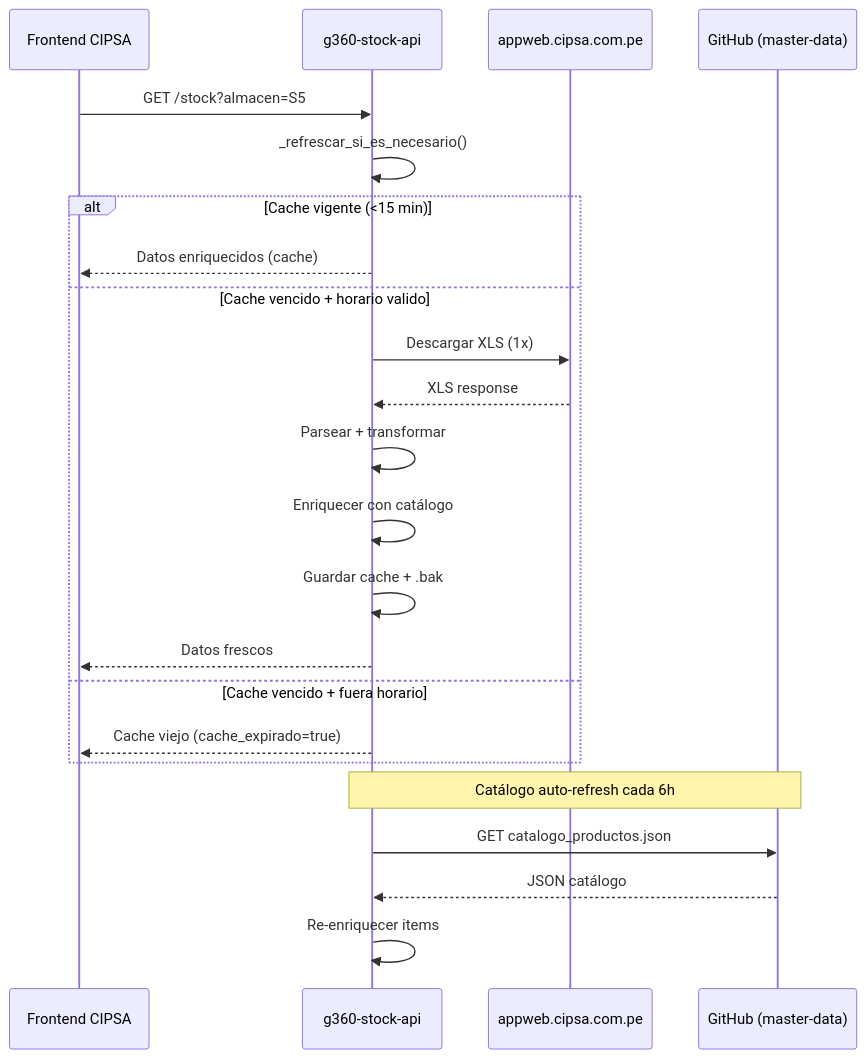
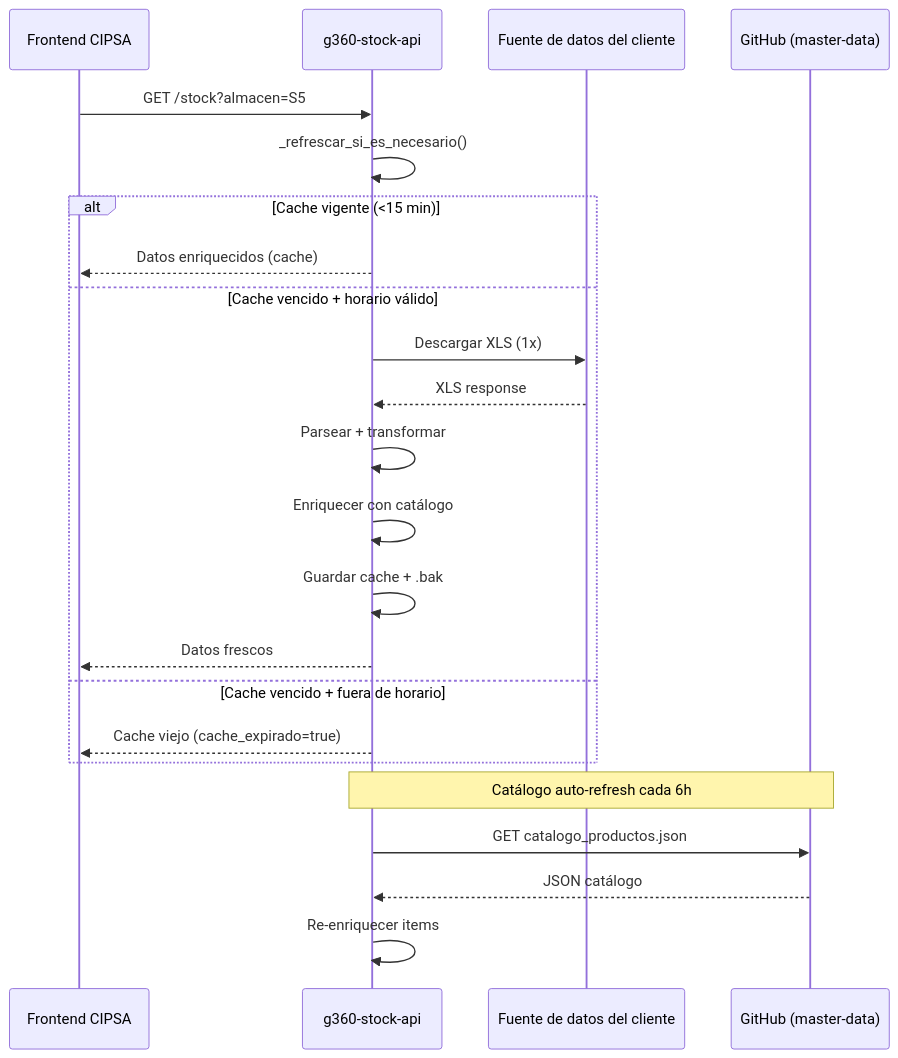
Before and after one commit to carloscus/g360-stock-api: the second of 2 diagrams in README.md, drawn with Mermaid. The commit also changed other lines of this file and 3 other files, not shown here.

````diff
--- a/README.md
+++ b/README.md
@@ -84,27 +84,27 @@
 ```mermaid
 sequenceDiagram
     participant FE as Frontend CIPSA
     participant API as g360-stock-api
-    participant APPWEB as appweb.cipsa.com.pe
+    participant SOURCE as Fuente de datos del cliente
     participant GH as GitHub (master-data)
 
     FE->>API: GET /stock?almacen=S5
     API->>API: _refrescar_si_es_necesario()
     alt Cache vigente (<15 min)
         API-->>FE: Datos enriquecidos (cache)
-    else Cache vencido + horario valido
-        API->>APPWEB: Descargar XLS (1x)
-        APPWEB-->>API: XLS response
+    else Cache vencido + horario válido
+        API->>SOURCE: Descargar XLS (1x)
+        SOURCE-->>API: XLS response
         API->>API: Parsear + transformar
         API->>API: Enriquecer con catálogo
         API->>API: Guardar cache + .bak
         API-->>FE: Datos frescos
-    else Cache vencido + fuera horario
+    else Cache vencido + fuera de horario
         API-->>FE: Cache viejo (cache_expirado=true)
     end
 
     Note over API,GH: Catálogo auto-refresh cada 6h
     API->>GH: GET catalogo_productos.json
     GH-->>API: JSON catálogo
     API->>API: Re-enriquecer items
 ```
````
